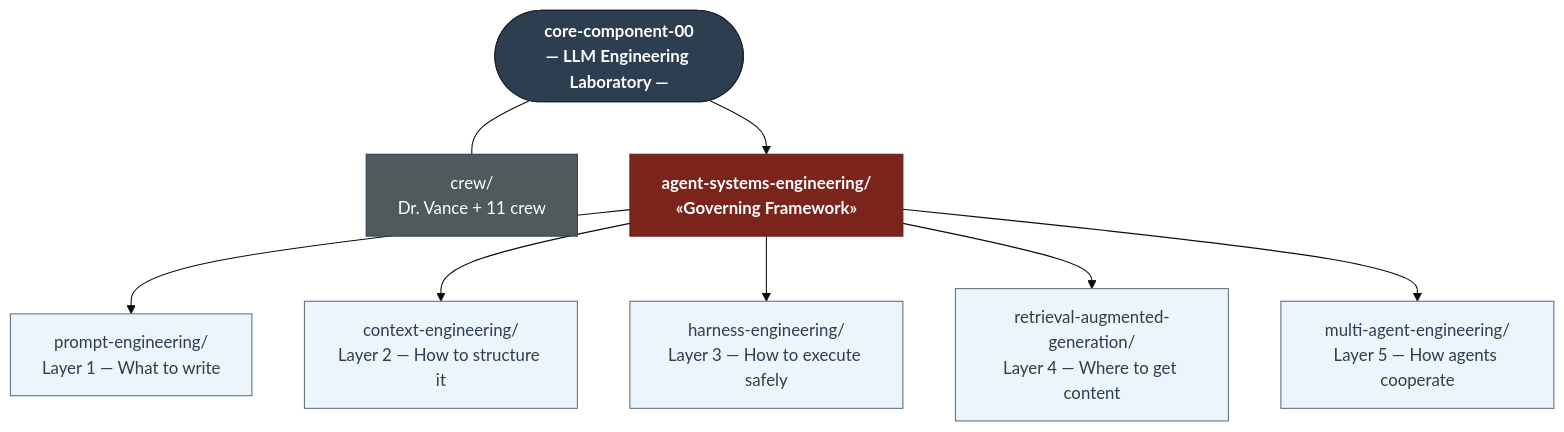
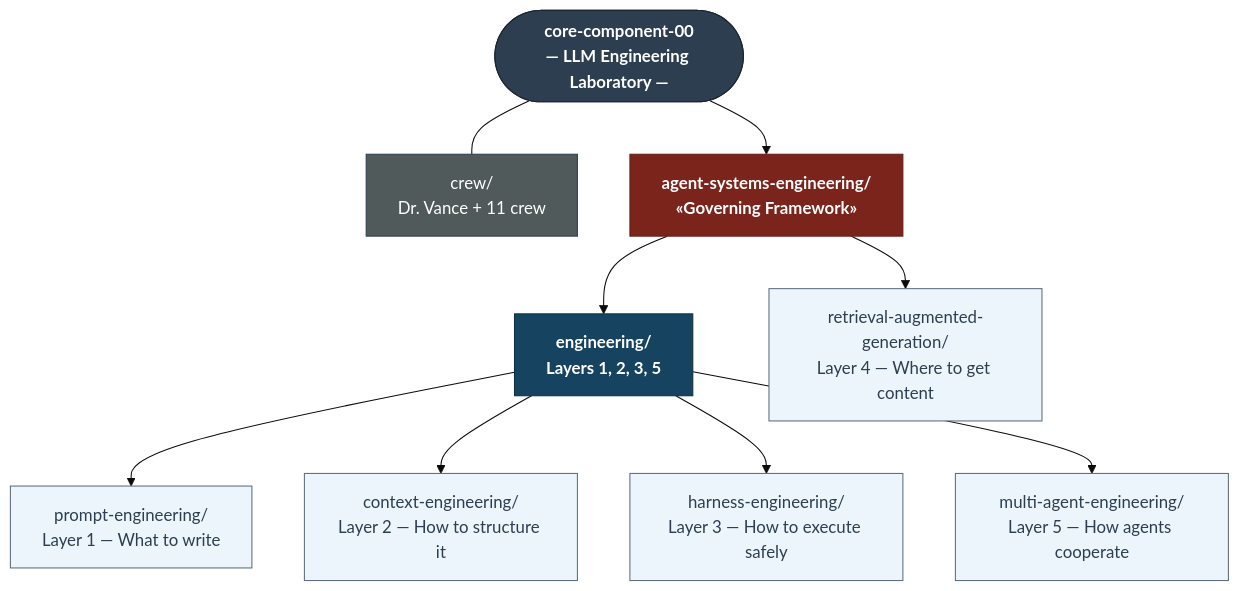
One commit to PhoenixNest/AGENT-GLOBAL-BASE changed the diagram in core-component-00/README.md. Above: the diagram before and after it, drawn with Mermaid (base theme). The commit also changed other lines of this file and 175 other files, not shown here.

````diff
--- a/core-component-00/README.md
+++ b/core-component-00/README.md
@@ -86,29 +86,33 @@
 ```mermaid
 graph TB
     CC00(["core-component-00<br/>— LLM Engineering Laboratory —"])
     DIR["crew/<br/>Dr. Vance + 11 crew"]
     ASE["agent-systems-engineering/<br/>«Governing Framework»"]
+    ENG["engineering/<br/>Layers 1, 2, 3, 5"]
     PE["prompt-engineering/<br/>Layer 1 — What to write"]
     CE["context-engineering/<br/>Layer 2 — How to structure it"]
     HE["harness-engineering/<br/>Layer 3 — How to execute safely"]
     RAG["retrieval-augmented-generation/<br/>Layer 4 — Where to get content"]
     MAE["multi-agent-engineering/<br/>Layer 5 — How agents cooperate"]
 
     CC00 --- DIR
     CC00 --> ASE
-    ASE --> PE
-    ASE --> CE
-    ASE --> HE
+    ASE --> ENG
     ASE --> RAG
-    ASE --> MAE
+    ENG --> PE
+    ENG --> CE
+    ENG --> HE
+    ENG --> MAE
 
     classDef lab fill:#2C3E50,stroke:#1A252F,color:#fff,font-weight:bold
     classDef ase fill:#7B241C,stroke:#641E16,color:#fff,font-weight:bold
+    classDef eng fill:#154360,stroke:#0E2F44,color:#fff,font-weight:bold
     classDef mod fill:#EBF5FB,stroke:#5D6D7E,color:#2C3E50
     classDef dir fill:#515A5A,stroke:#2C3E50,color:#fff
 
     class CC00 lab
     class ASE ase
+    class ENG eng
     class PE,CE,HE,RAG,MAE mod
     class DIR dir
 ```
````
